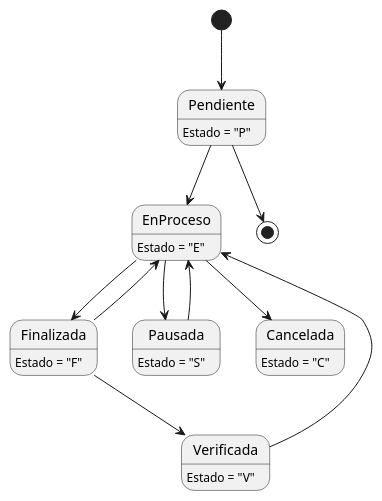
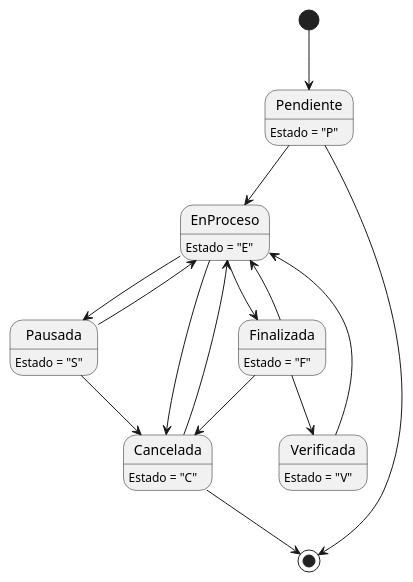
Before and after one commit to ZMGestion/DocumentacionZMGestion: the second of 6 diagrams in DiagramasEstado/DiagramaDeEstado.puml, drawn with PlantUML. The commit also changed other lines of this file and 46 other files, not shown here.

```diff
--- a/DiagramasEstado/DiagramaDeEstado.puml
+++ b/DiagramasEstado/DiagramaDeEstado.puml
@@ -12,20 +12,24 @@
 @startuml tareas
 Pendiente: Estado = "P"
 EnProceso: Estado = "E"
 Finalizada: Estado = "F"
 Pausada: Estado = "S"
 Cancelada: Estado = "C"
 Verificada: Estado = "V"
 
 [*] --> Pendiente
 Pendiente --> [*]
+Cancelada --> [*]
 Pendiente --> EnProceso
 EnProceso --> Cancelada
 EnProceso --> Finalizada
 EnProceso --> Pausada
 Finalizada --> EnProceso
 Pausada --> EnProceso
+Pausada --> Cancelada
+Cancelada --> EnProceso
+Finalizada --> Cancelada
 Finalizada --> Verificada
 Verificada --> EnProceso
 
 @enduml
```
